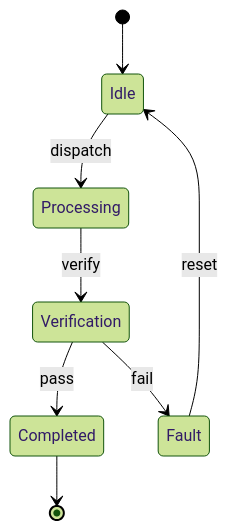
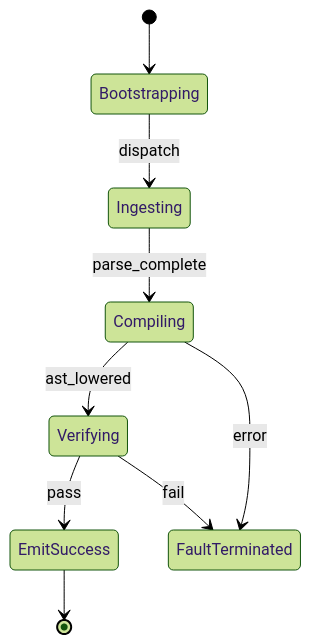
One commit to gintatkinson/dumpiler-01 changed the second of 2 diagrams in docs/epics/EPIC-01-SysML_Model.md. Above: the diagram before and after it, drawn with Mermaid (forest theme). The commit also changed other lines of this file and 101 other files, not shown here.

````diff
--- a/docs/epics/EPIC-01-SysML_Model.md
+++ b/docs/epics/EPIC-01-SysML_Model.md
@@ -64,10 +74,11 @@
 ```mermaid
 stateDiagram-v2
-    [*] --> Idle
-    Idle --> Processing : dispatch
-    Processing --> Verification : verify
-    Verification --> Completed : pass
-    Verification --> Fault : fail
-    Fault --> Idle : reset
-    Completed --> [*]
+    [*] --> Bootstrapping
+    Bootstrapping --> Ingesting : dispatch
+    Ingesting --> Compiling : parse_complete
+    Compiling --> Verifying : ast_lowered
+    Verifying --> EmitSuccess : pass
+    Compiling --> FaultTerminated : error
+    Verifying --> FaultTerminated : fail
+    EmitSuccess --> [*]
 ```
````
